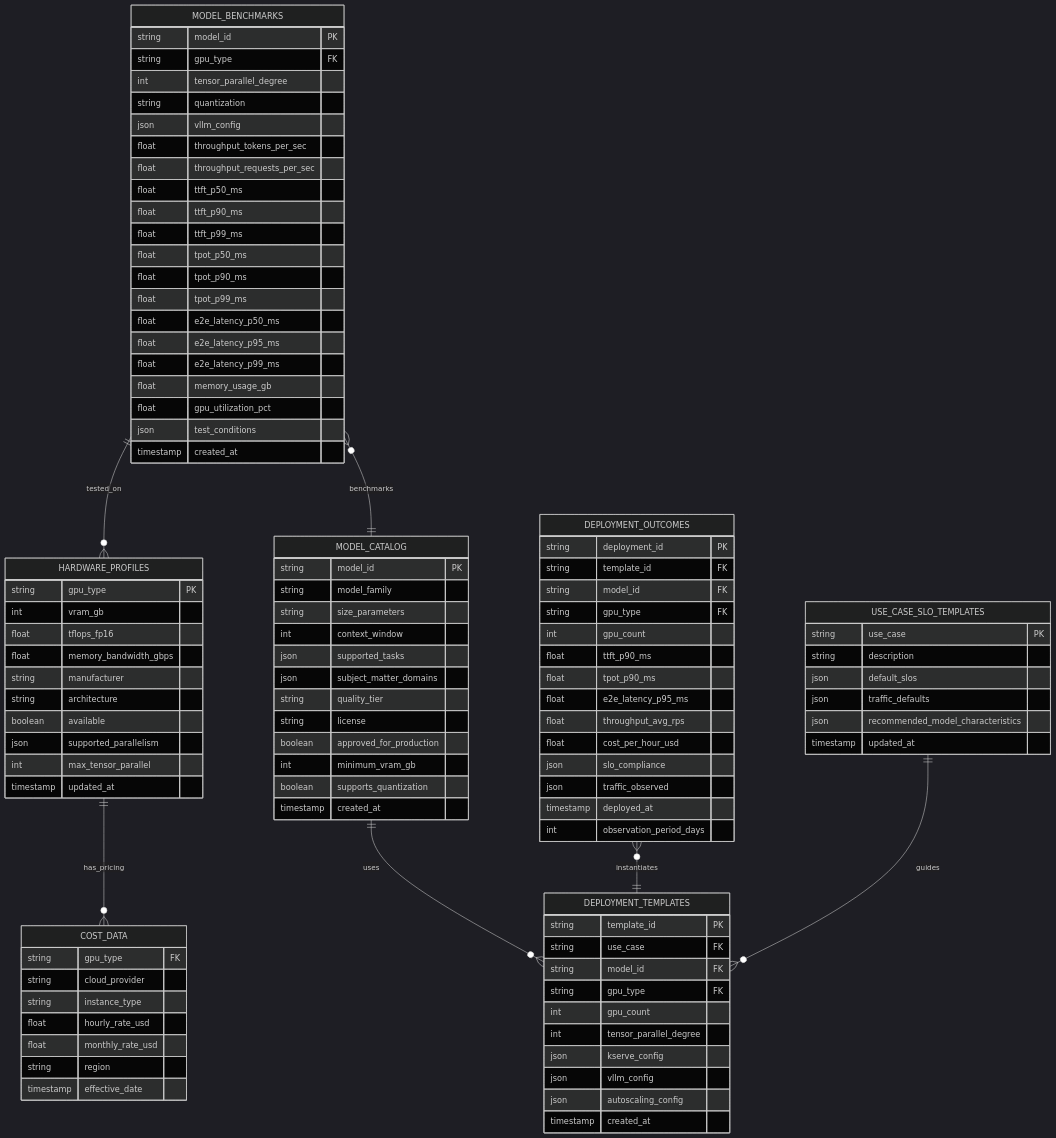
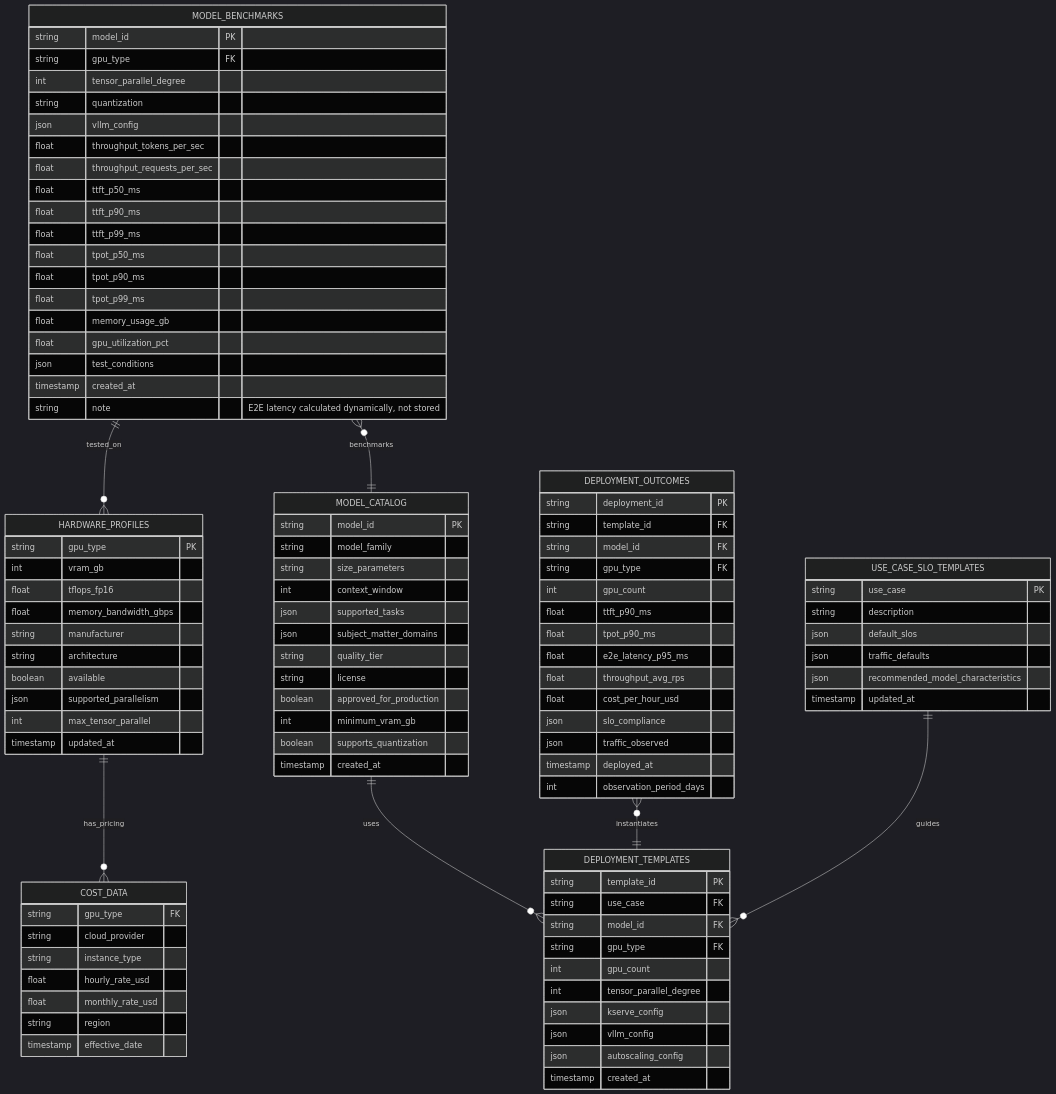
Before and after one commit to redhat-et/compass: the fifth of 5 diagrams in docs/architecture-diagram.md, drawn with Mermaid (dark theme). The commit also changed 1 other file, not shown here.

Commit message:
Sync documentation with E2E latency design decision
Update CLAUDE.md and architecture-diagram.md to reflect that E2E
latency is calculated dynamically rather than stored in benchmarks.

Changes to CLAUDE.md:
- Clarify TTFT/TPOT are stored in benchmarks
- Document that E2E is calculated from TTFT + (gen_tokens × TPOT)
- Add rationale explaining E2E varies by workload characteristics
- Soften Go migration language (possible future option, not planned)

Changes to architecture-diagram.md:
- Remove e2e_latency_* fields from MODEL_BENCHMARKS schema
- Add explanatory note about E2E calculation
- Keep E2E in DEPLOYMENT_OUTCOMES (actual measured performance)

This ensures all documentation is consistent with the architectural
decision documented in ARCHITECTURE.md.

```diff
--- a/docs/architecture-diagram.md
+++ b/docs/architecture-diagram.md
@@ -325,13 +325,11 @@
         float tpot_p50_ms
         float tpot_p90_ms
         float tpot_p99_ms
-        float e2e_latency_p50_ms
-        float e2e_latency_p95_ms
-        float e2e_latency_p99_ms
         float memory_usage_gb
         float gpu_utilization_pct
         json test_conditions
         timestamp created_at
+        string note "E2E latency calculated dynamically, not stored"
     }
 
     HARDWARE_PROFILES {
```
